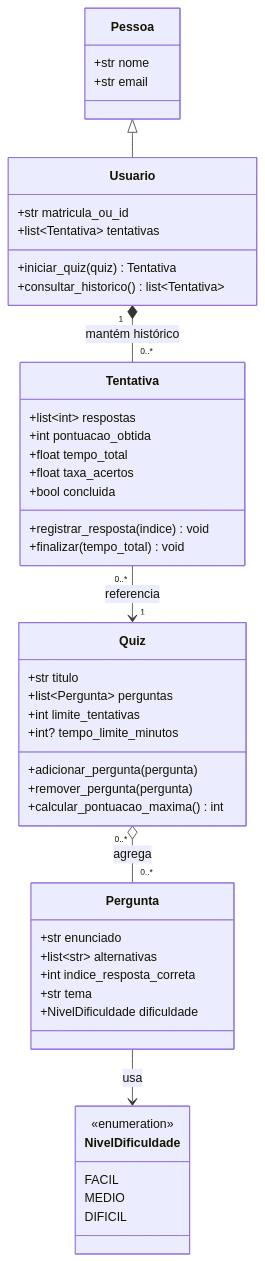
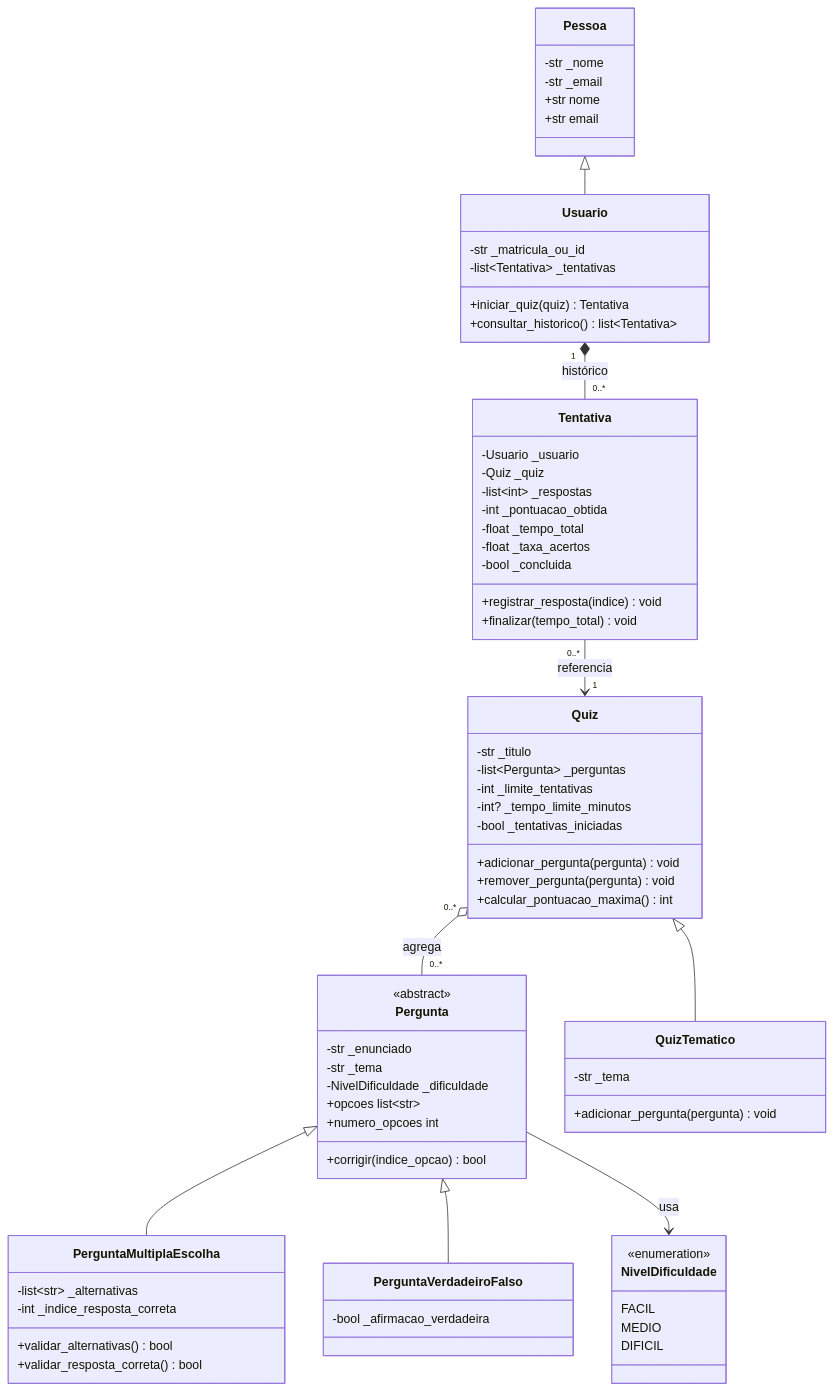
The diagram in docs/uml.md (felipesouj/sistema-quiz-educacional), drawn with Mermaid before and after one commit. The commit also changed other lines of this file and 18 other files, not shown here.

````diff
--- a/docs/uml.md
+++ b/docs/uml.md
@@ -18,50 +65,72 @@
 ```mermaid
 classDiagram
     class Pessoa {
+        -str _nome
+        -str _email
         +str nome
         +str email
     }
     class Usuario {
-        +str matricula_ou_id
-        +list~Tentativa~ tentativas
+        -str _matricula_ou_id
+        -list~Tentativa~ _tentativas
         +iniciar_quiz(quiz) Tentativa
         +consultar_historico() list~Tentativa~
     }
+    class Pergunta {
+        <<abstract>>
+        -str _enunciado
+        -str _tema
+        -NivelDificuldade _dificuldade
+        +opcoes list~str~
+        +corrigir(indice_opcao) bool
+        +numero_opcoes int
+    }
+    class PerguntaMultiplaEscolha {
+        -list~str~ _alternativas
+        -int _indice_resposta_correta
+        +validar_alternativas() bool
+        +validar_resposta_correta() bool
+    }
+    class PerguntaVerdadeiroFalso {
+        -bool _afirmacao_verdadeira
+    }
     class Quiz {
-        +str titulo
-        +list~Pergunta~ perguntas
-        +int limite_tentativas
-        +int? tempo_limite_minutos
-        +adicionar_pergunta(pergunta)
-        +remover_pergunta(pergunta)
+        -str _titulo
+        -list~Pergunta~ _perguntas
+        -int _limite_tentativas
+        -int? _tempo_limite_minutos
+        -bool _tentativas_iniciadas
+        +adicionar_pergunta(pergunta) void
+        +remover_pergunta(pergunta) void
         +calcular_pontuacao_maxima() int
     }
-    class Pergunta {
-        +str enunciado
-        +list~str~ alternativas
-        +int indice_resposta_correta
-        +str tema
-        +NivelDificuldade dificuldade
+    class QuizTematico {
+        -str _tema
+        +adicionar_pergunta(pergunta) void
     }
     class Tentativa {
-        +list~int~ respostas
-        +int pontuacao_obtida
-        +float tempo_total
-        +float taxa_acertos
-        +bool concluida
+        -Usuario _usuario
+        -Quiz _quiz
+        -list~int~ _respostas
+        -int _pontuacao_obtida
+        -float _tempo_total
+        -float _taxa_acertos
+        -bool _concluida
         +registrar_resposta(indice) void
         +finalizar(tempo_total) void
     }
     class NivelDificuldade {
         <<enumeration>>
         FACIL
         MEDIO
         DIFICIL
     }
-
     Pessoa <|-- Usuario
+    Pergunta <|-- PerguntaMultiplaEscolha
+    Pergunta <|-- PerguntaVerdadeiroFalso
+    Quiz <|-- QuizTematico
     Quiz "0..*" o-- "0..*" Pergunta : agrega
-    Usuario "1" *-- "0..*" Tentativa : mantém histórico
+    Usuario "1" *-- "0..*" Tentativa : histórico
     Tentativa "0..*" --> "1" Quiz : referencia
     Pergunta --> NivelDificuldade : usa
 ```
````
